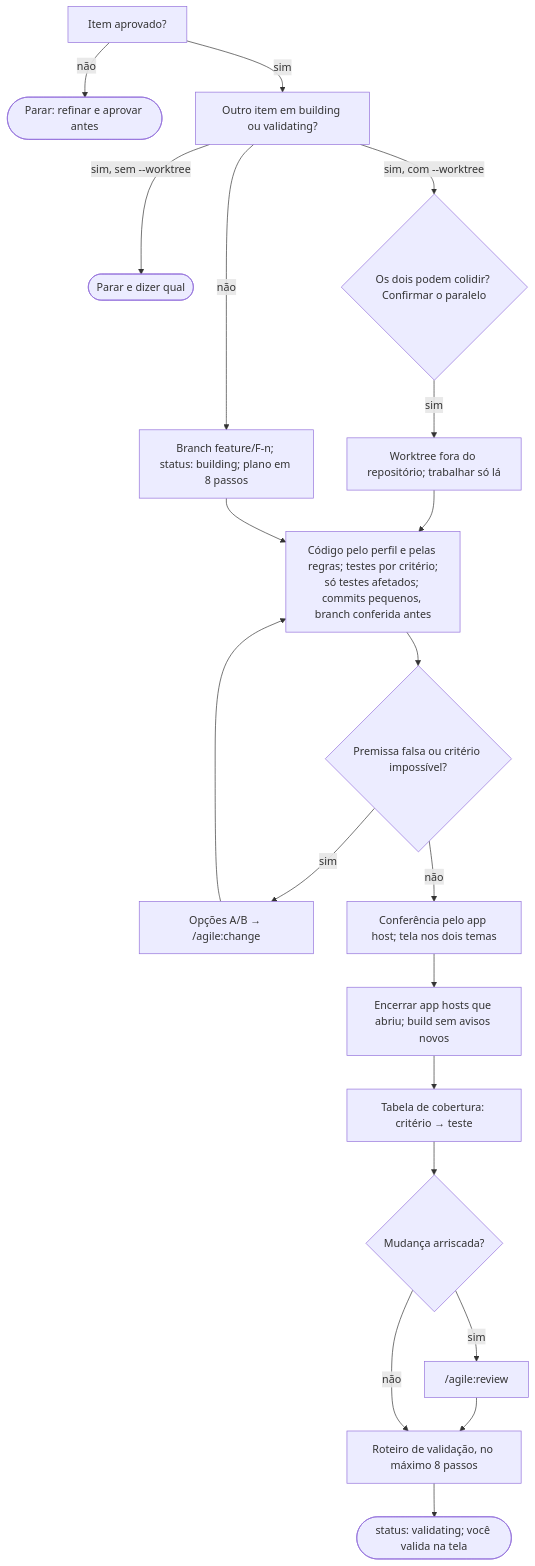
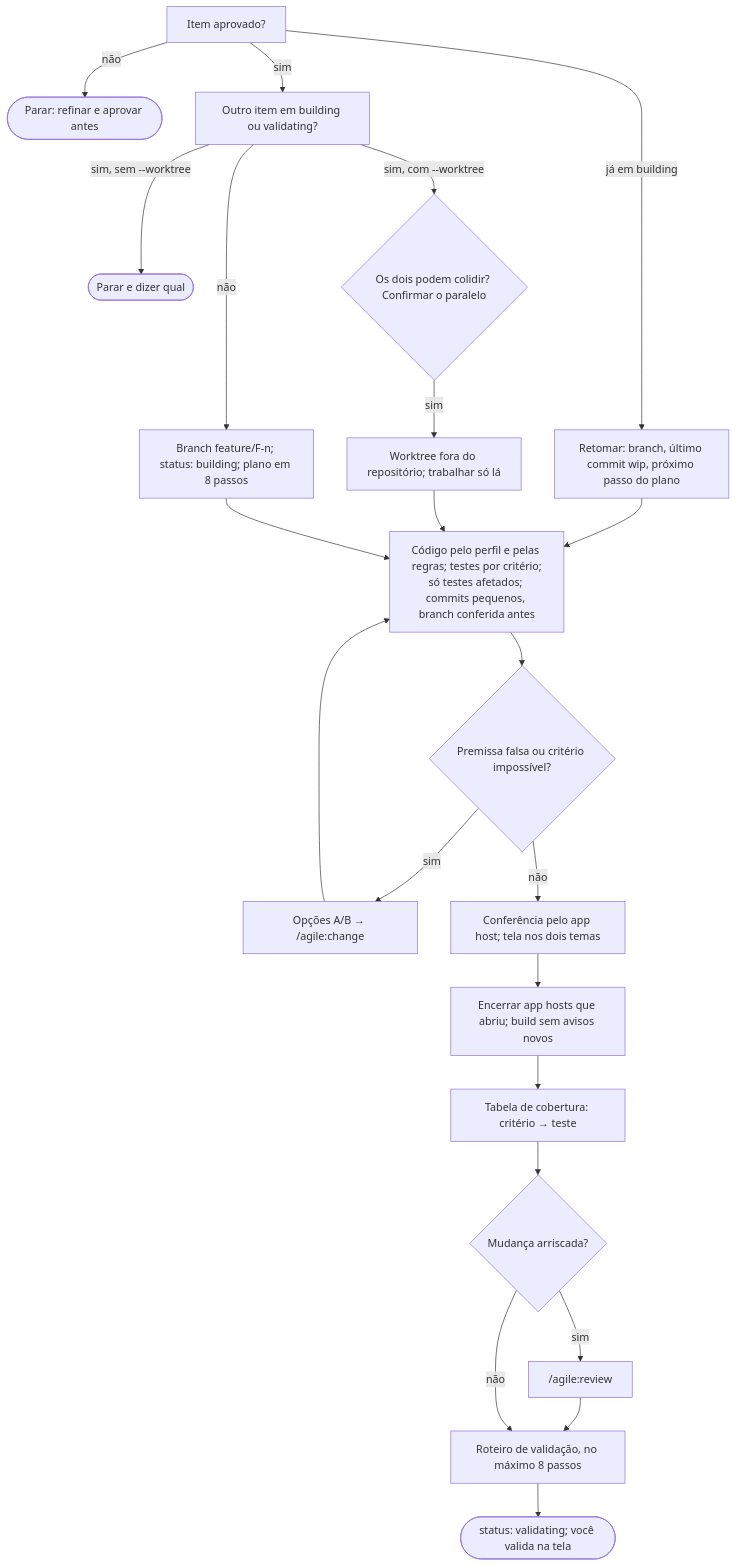
Before and after one commit to alexcanario/simulab: the eighth of 15 diagrams in docs/agile/workflow.pt-BR.md, drawn with Mermaid. The commit also changed other lines of this file and 1 other file, not shown here.

````diff
--- a/docs/agile/workflow.pt-BR.md
+++ b/docs/agile/workflow.pt-BR.md
@@ -817,22 +907,24 @@
 ```mermaid
 flowchart TD
-    A["Item aprovado?"] -->|não| A1(["Parar: refinar e aprovar antes"])
+    A["Item aprovado?"] -->|já em building| A2["Retomar: branch, último commit wip, próximo passo do plano"]
+    A2 --> D
+    A -->|não| A1(["Parar: refinar e aprovar antes"])
     A -->|sim| B["Outro item em building ou validating?"]
     B -->|sim, sem --worktree| B1(["Parar e dizer qual"])
     B -->|sim, com --worktree| B2{"Os dois podem colidir? Confirmar o paralelo"}
     B2 -->|sim| C2["Worktree fora do repositório; trabalhar só lá"]
     B -->|não| C["Branch feature/F-n; status: building; plano em 8 passos"]
     C2 --> D
     C --> D["Código pelo perfil e pelas regras; testes por critério;<br/>só testes afetados; commits pequenos, branch conferida antes"]
     D --> E{"Premissa falsa ou critério impossível?"}
     E -->|sim| E1["Opções A/B → /agile:change"]
     E1 --> D
     E -->|não| F["Conferência pelo app host; tela nos dois temas"]
     F --> G["Encerrar app hosts que abriu; build sem avisos novos"]
     G --> H["Tabela de cobertura: critério → teste"]
     H --> I{"Mudança arriscada?"}
     I -->|sim| I1["/agile:review"]
     I1 --> J
     I -->|não| J["Roteiro de validação, no máximo 8 passos"]
     J --> K(["status: validating; você valida na tela"])
 ```
````
